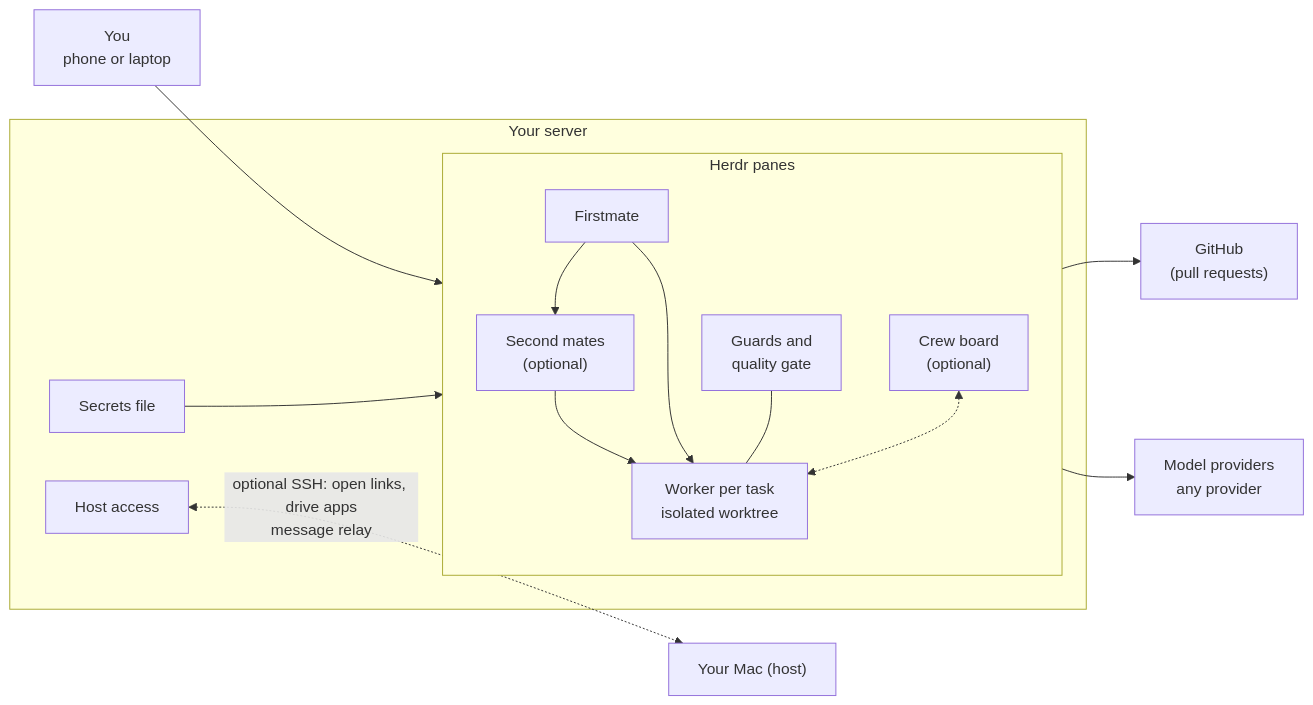
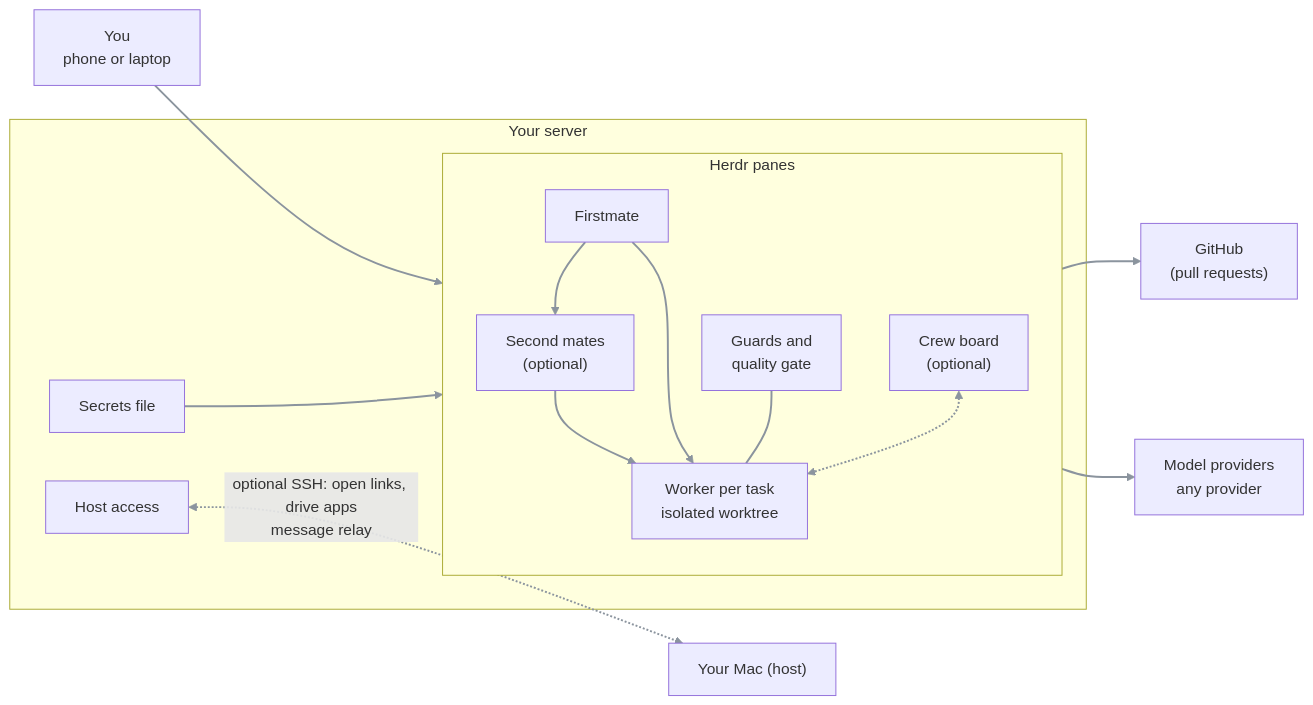
The diagram in README.md (i098/Crewship), drawn with Mermaid before and after one commit.

Commit message:
docs: theme-neutral thicker edges in How it works diagram

````diff
--- a/README.md
+++ b/README.md
@@ -57,28 +57,29 @@
 ```mermaid
 flowchart LR
     you["You<br/>phone or laptop"]
     subgraph vps["Your server"]
         secrets["Secrets file"]
         link["Host access"]
         subgraph herdr["Herdr panes"]
             direction TB
             fm["Firstmate"]
             sm["Second mates<br/>(optional)"]
             worker["Worker per task<br/>isolated worktree"]
             gates["Guards and<br/>quality gate"]
             board["Crew board<br/>(optional)"]
             fm --> sm --> worker
             fm --> worker
             gates --- worker
             board <-.-> worker
         end
         secrets --> fm
     end
     mac["Your Mac (host)"]
     gh["GitHub<br/>(pull requests)"]
     models["Model providers<br/>any provider"]
     you --> fm
     link <-.->|"optional SSH: open links, drive apps<br/>message relay"| mac
     worker --> gh
     worker --> models
+    linkStyle default stroke:#8b949e,stroke-width:2px
 ```
````
